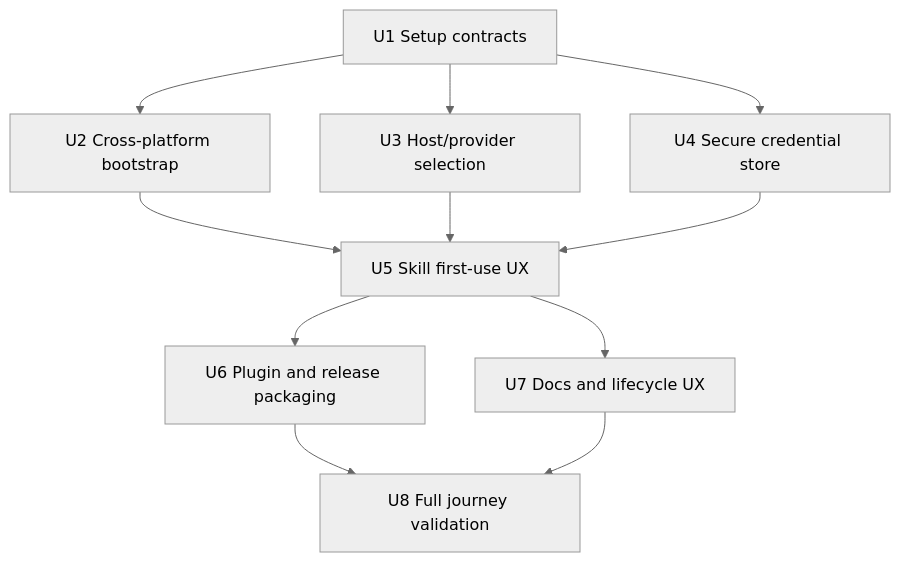
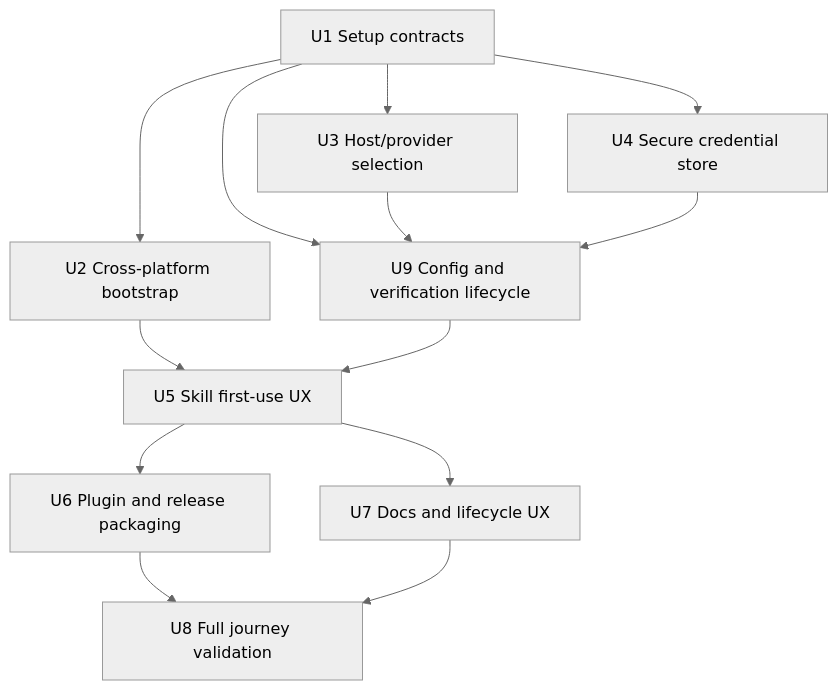
The fifth of 5 diagrams in docs/plans/2026-08-22-006-feature-frictionless-onboarding-and-distribution-plan.md (sunrain520/leo-ppt-generator), drawn with Mermaid (neutral theme) before and after one commit. The commit also changed other lines of this file and 1098 other files, not shown here.

````diff
--- a/docs/plans/2026-08-22-006-feature-frictionless-onboarding-and-distribution-plan.md
+++ b/docs/plans/2026-08-22-006-feature-frictionless-onboarding-and-distribution-plan.md
@@ -295,13 +332,15 @@
 ```mermaid
 flowchart TB
   U1[U1 Setup contracts] --> U2[U2 Cross-platform bootstrap]
   U1 --> U3[U3 Host/provider selection]
   U1 --> U4[U4 Secure credential store]
+  U1 --> U9[U9 Config and verification lifecycle]
+  U3 --> U9
+  U4 --> U9
   U2 --> U5[U5 Skill first-use UX]
-  U3 --> U5
-  U4 --> U5
+  U9 --> U5
   U5 --> U6[U6 Plugin and release packaging]
   U5 --> U7[U7 Docs and lifecycle UX]
   U6 --> U8[U8 Full journey validation]
   U7 --> U8
 ```
````
